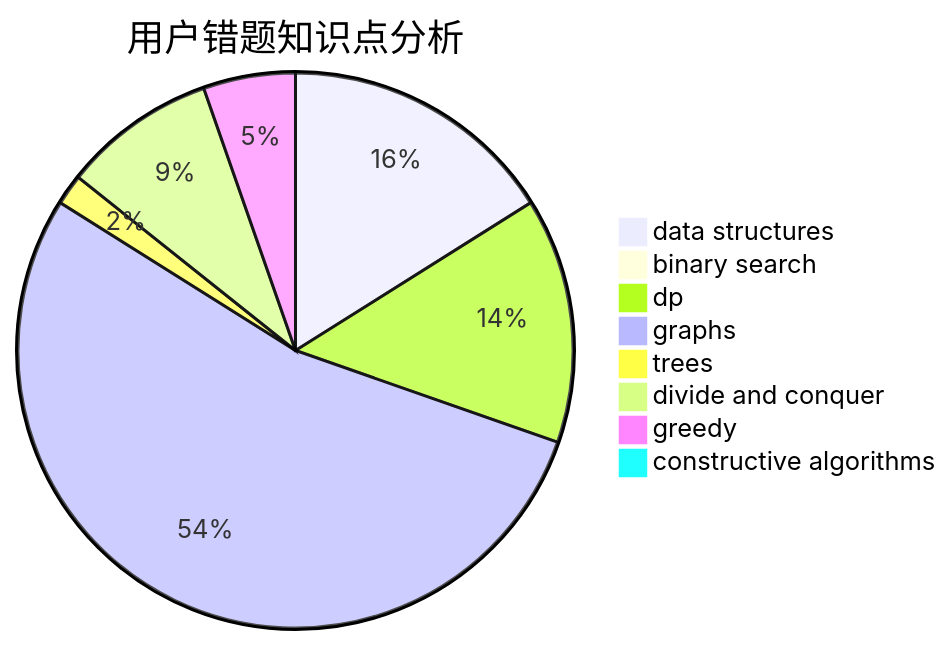
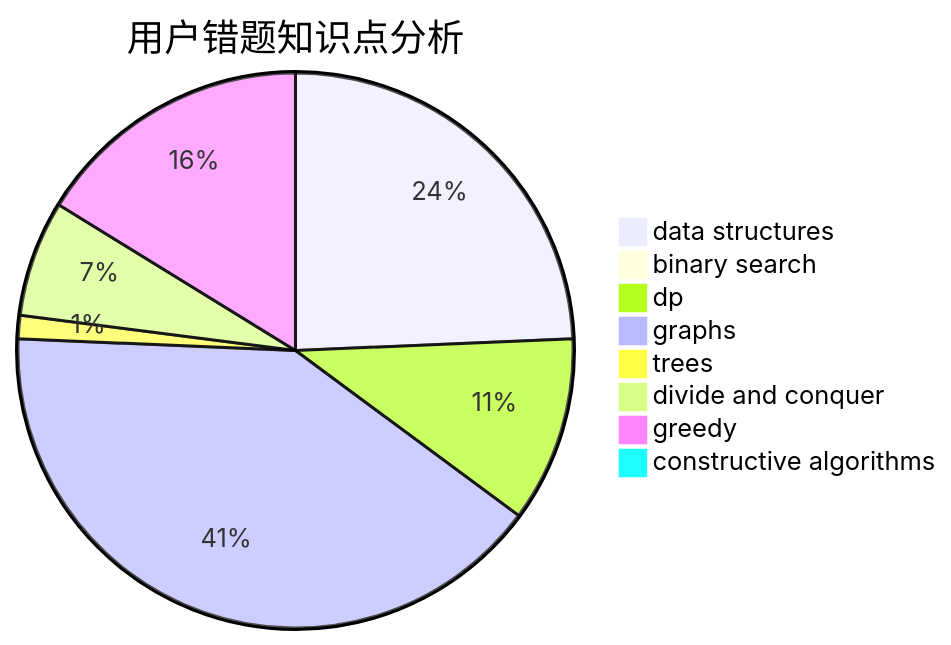
Before and after one commit to sherpahu/cfrs.github.io: the third of 3 diagrams in docs/user/u1932.md, drawn with Mermaid. The commit also changed other lines of this file and 2770 other files, not shown here.

````diff
--- a/docs/user/u1932.md
+++ b/docs/user/u1932.md
@@ -36,11 +36,11 @@
 ```mermaid
 pie title 用户错题知识点分析
-    "data structures" :  9
+    "data structures" :  18
     "binary search" :  0
     "dp" :  8
     "graphs" :  30
     "trees" :  1
     "divide and conquer" :  5
-    "greedy" :  3
+    "greedy" :  12
     "constructive algorithms" :  0
 ```
````
